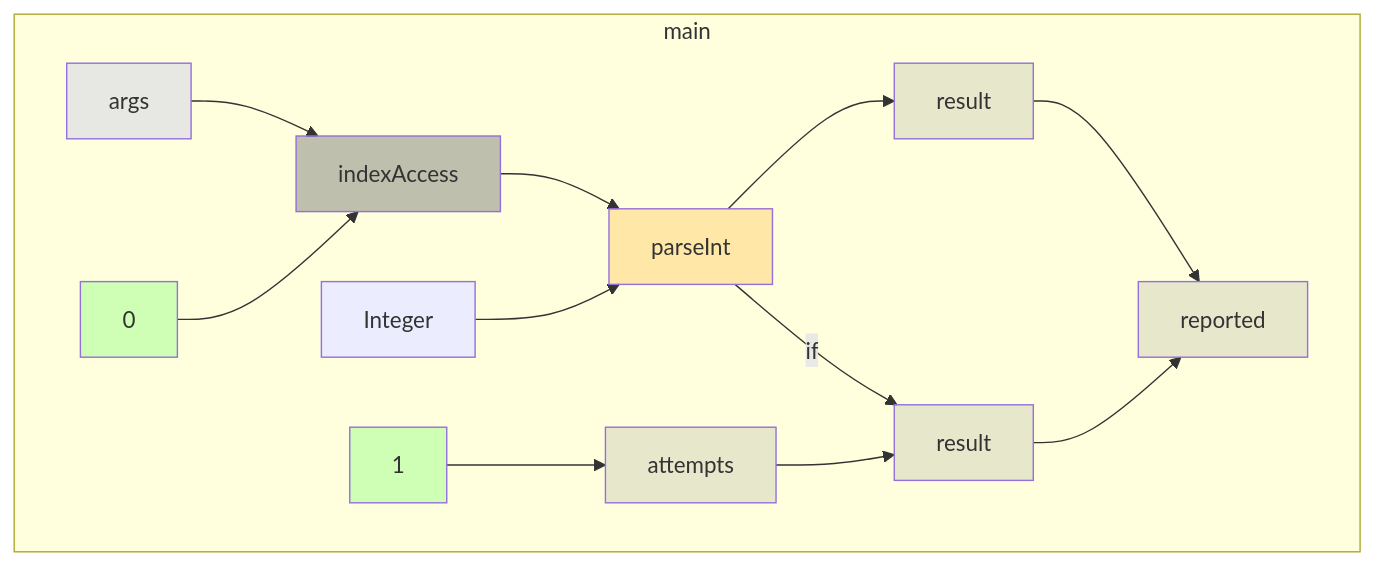
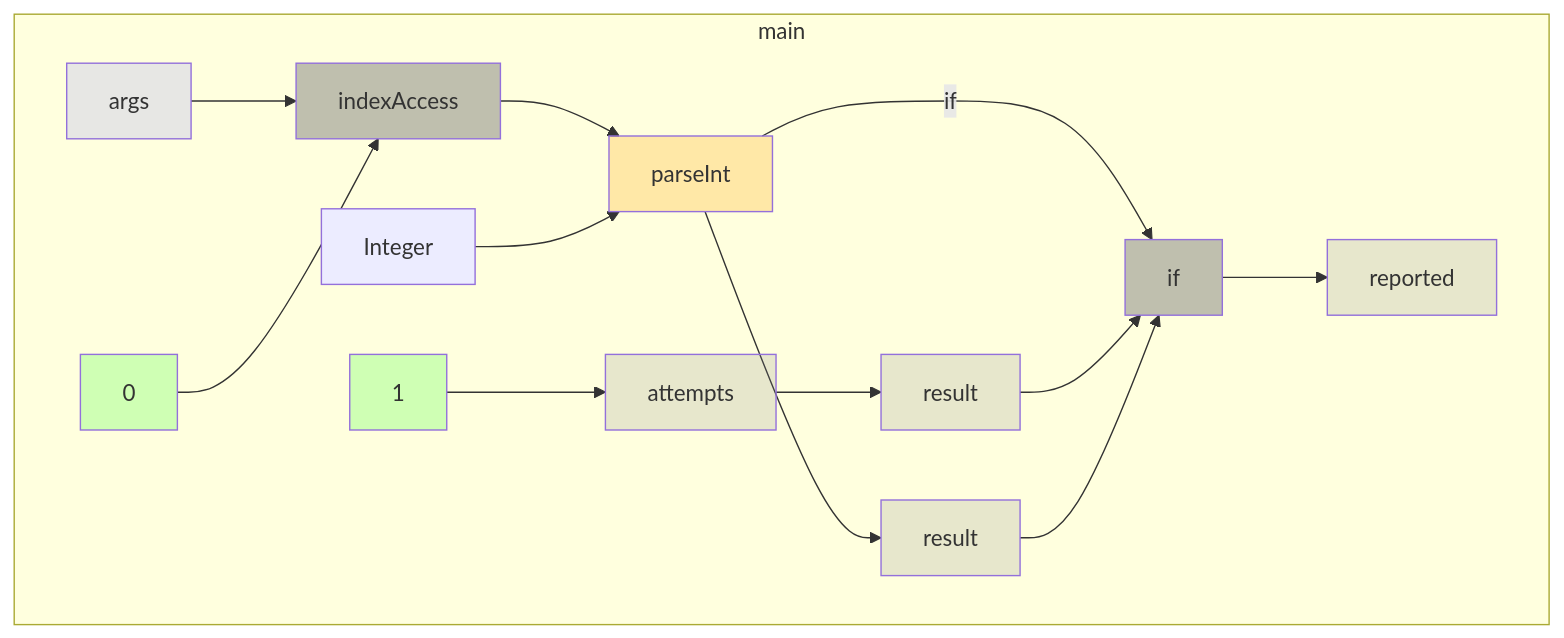
One commit to gstiebler/codeflow changed the diagram in app/src/test/resources/tryCatch/spike-truth.md. Above: the diagram before and after it, drawn with Mermaid. The commit also changed 17 other files, not shown here.

````diff
--- a/app/src/test/resources/tryCatch/spike-truth.md
+++ b/app/src/test/resources/tryCatch/spike-truth.md
@@ -3,32 +3,34 @@
 ```mermaid
 flowchart TD
   subgraph m0["main"]
     n0["indexAccess"]:::BIN_OP
     n1["parseInt"]:::EXTERNAL
     n2["args"]:::FUNC_PARAM
-    n3["0"]:::LITERAL
-    n4["1"]:::LITERAL
-    n5["Integer"]:::OBJ_VARIABLE
-    n6["attempts"]:::VARIABLE
-    n7["reported"]:::VARIABLE
-    n8["result"]:::VARIABLE
+    n3["if"]:::BIN_OP
+    n4["0"]:::LITERAL
+    n5["1"]:::LITERAL
+    n6["Integer"]:::OBJ_VARIABLE
+    n7["attempts"]:::VARIABLE
+    n8["reported"]:::VARIABLE
     n9["result"]:::VARIABLE
+    n10["result"]:::VARIABLE
   end
   n0 --> n1
-  n1 --> n8
-  n1 -->|if| n9
+  n1 --> n9
+  n1 -->|if| n3
+  n10 --> n3
   n2 --> n0
-  n3 --> n0
-  n4 --> n6
-  n5 --> n1
-  n6 --> n9
-  n8 --> n7
-  n9 --> n7
+  n3 --> n8
+  n4 --> n0
+  n5 --> n7
+  n6 --> n1
+  n7 --> n10
+  n9 --> n3
   classDef LITERAL fill:#00FF0030
   classDef VARIABLE fill:#80808030
   classDef BIN_OP fill:#80808080
   classDef FUNC_PARAM fill:#8080FF30
   classDef RETURN fill:#FF808080
   classDef EXTERNAL fill:#FFA50040
   classDef UNMODELLED fill:#FF000030,stroke-dasharray: 4 2
 ```
````
